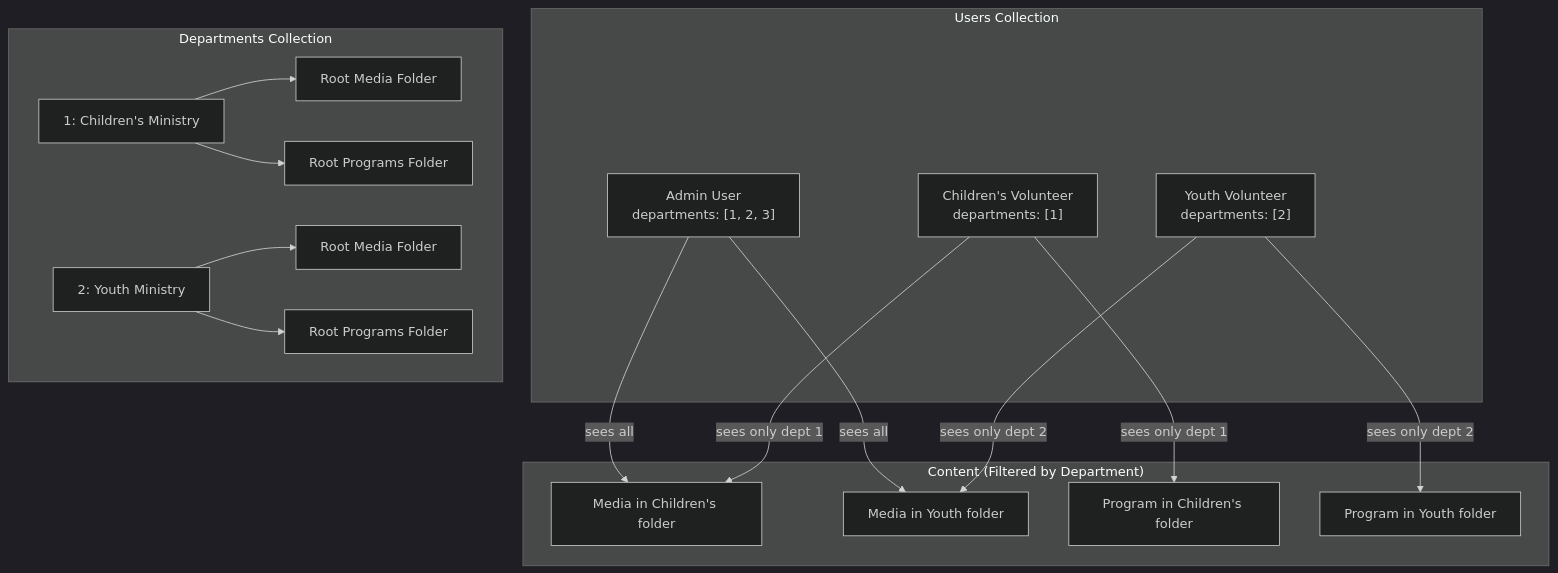
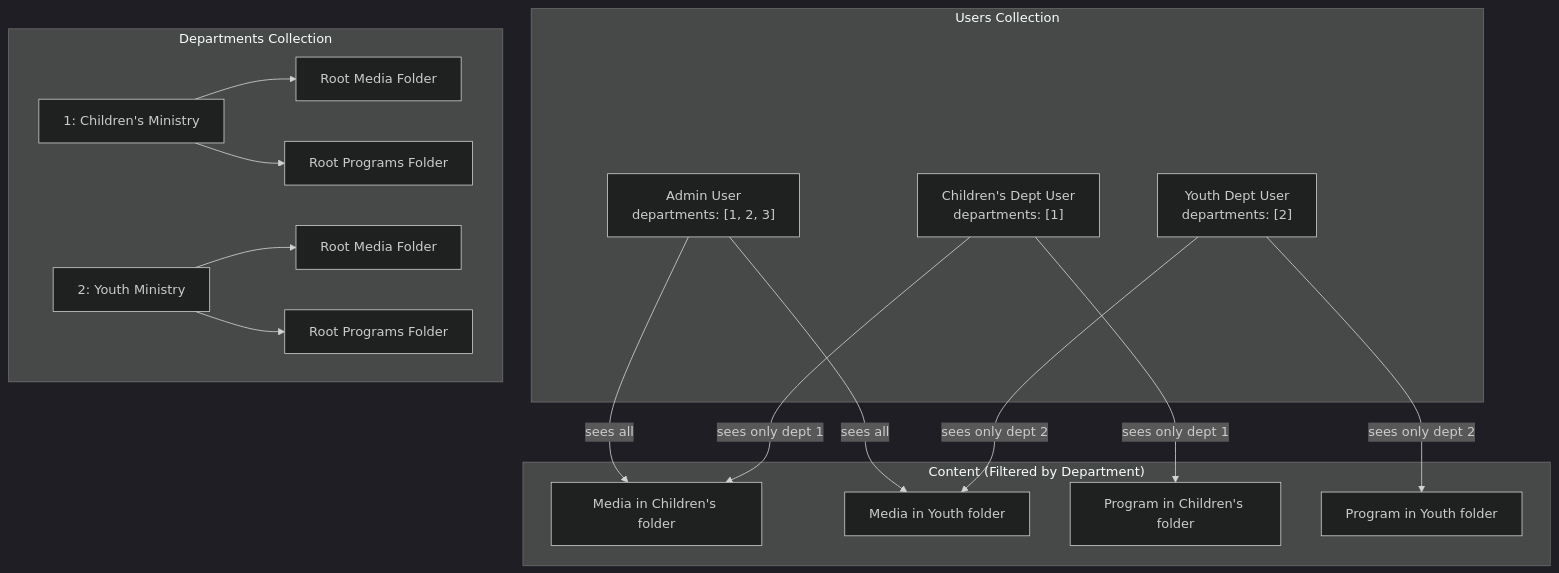
One commit to wrodie/peydx changed the fifth of 9 diagrams in guides/ARCHITECTURE.md. Above: the diagram before and after it, drawn with Mermaid (dark theme). The commit also changed other lines of this file and 21 other files, not shown here.

````diff
--- a/guides/ARCHITECTURE.md
+++ b/guides/ARCHITECTURE.md
@@ -208,32 +208,32 @@
 ```mermaid
 graph TD
     subgraph "Users Collection"
         U1["Admin User<br/>departments: [1, 2, 3]"]
-        U2["Children's Volunteer<br/>departments: [1]"]
-        U3["Youth Volunteer<br/>departments: [2]"]
+        U2["Children's Dept User<br/>departments: [1]"]
+        U3["Youth Dept User<br/>departments: [2]"]
     end
 
     subgraph "Departments Collection"
         D1["1: Children's Ministry"]
         D2["2: Youth Ministry"]
         
         D1 --> ROOTM["Root Media Folder"]
         D1 --> ROOTP["Root Programs Folder"]
         D2 --> ROOTM2["Root Media Folder"]
         D2 --> ROOTP2["Root Programs Folder"]
     end
 
     subgraph "Content (Filtered by Department)"
         M1["Media in Children's folder"]
         M2["Media in Youth folder"]
         P1["Program in Children's folder"]
         P2["Program in Youth folder"]
     end
 
     U1 -->|"sees all"| M1
     U1 -->|"sees all"| M2
     U2 -->|"sees only dept 1"| M1
     U2 -->|"sees only dept 1"| P1
     U3 -->|"sees only dept 2"| M2
     U3 -->|"sees only dept 2"| P2
 ```
````
